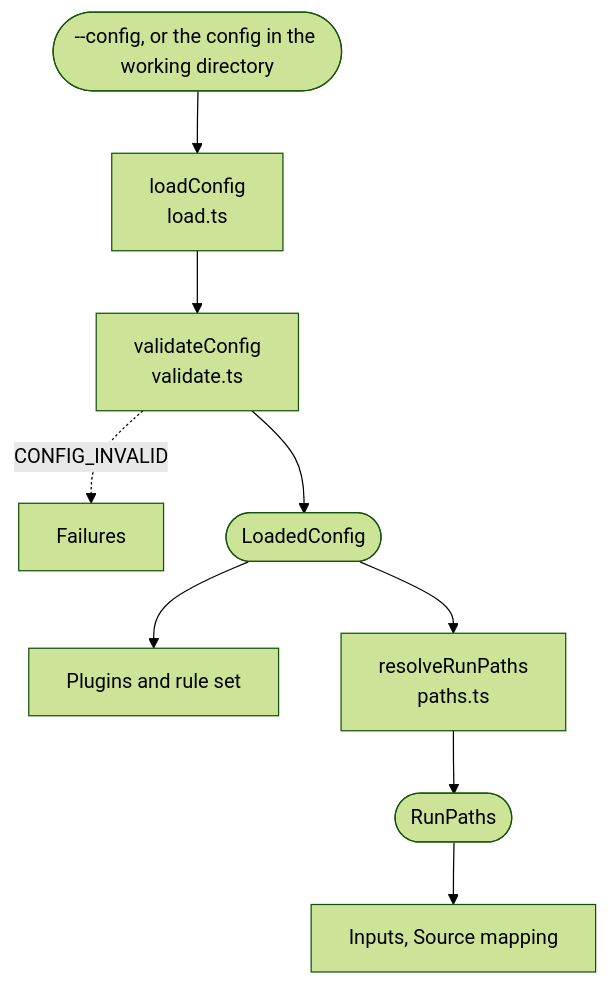
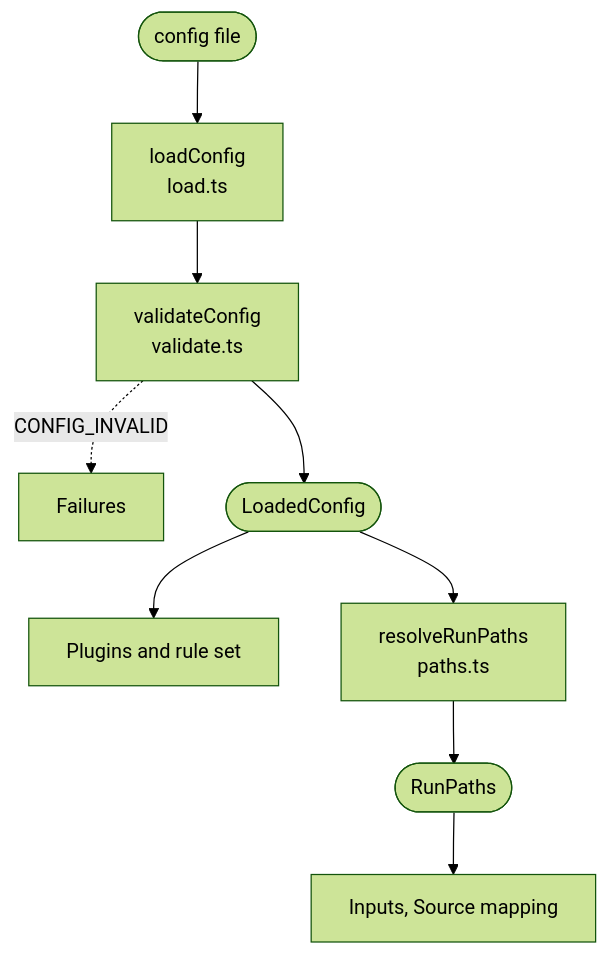
One commit to aehrc/sdc-questionnaire-lint changed the diagram in docs/core/config.md. Above: the diagram before and after it, drawn with Mermaid (forest theme). The commit also changed 3 other files, not shown here.

````diff
--- a/docs/core/config.md
+++ b/docs/core/config.md
@@ -23,11 +23,11 @@
 ```mermaid
 flowchart TD
-  file(["--config, or the config in the working directory"]) --> load["loadConfig<br/>load.ts"]
+  file(["config file"]) --> load["loadConfig<br/>load.ts"]
   load --> validate["validateConfig<br/>validate.ts"]
   validate -.->|CONFIG_INVALID| failures["Failures"]
   validate --> loaded(["LoadedConfig"])
   loaded --> ruleSet["Plugins and rule set"]
   loaded --> paths["resolveRunPaths<br/>paths.ts"]
   paths --> runPaths(["RunPaths"])
   runPaths --> inputs["Inputs, Source mapping"]
 ```
````
